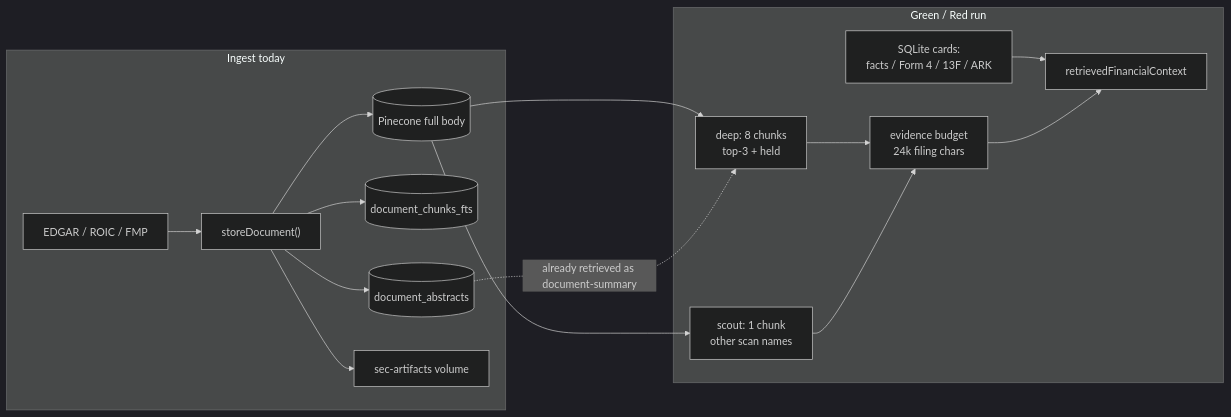
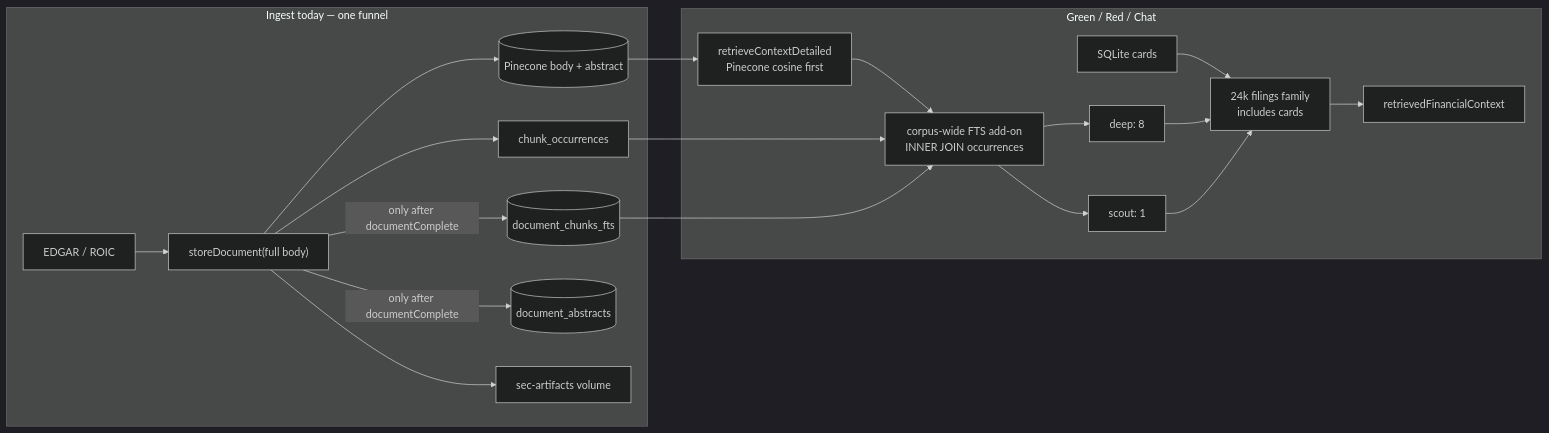
One commit to jaywedgeworth22/Socratic.Trade changed the first of 3 diagrams in docs/designs/2026-08-16-proposer-corpus-storage.md. Above: the diagram before and after it, drawn with Mermaid (dark theme). The commit also changed other lines of this file, not shown here.

First line of the commit message:
docs: approve proposer corpus storage design rev 3.

````diff
--- a/docs/designs/2026-08-16-proposer-corpus-storage.md
+++ b/docs/designs/2026-08-16-proposer-corpus-storage.md
@@ -28,30 +34,37 @@
 ```mermaid
 flowchart LR
-  subgraph ingest [Ingest today]
-    EDGAR[EDGAR / ROIC / FMP]
-    StoreDoc["storeDocument()"]
-    PC[(Pinecone full body)]
+  subgraph ingest [Ingest today — one funnel]
+    EDGAR[EDGAR / ROIC]
+    StoreDoc["storeDocument(full body)"]
+    PC[(Pinecone body + abstract)]
+    OCC[chunk_occurrences]
     FTS[(document_chunks_fts)]
     ABS[(document_abstracts)]
     ART[sec-artifacts volume]
     EDGAR --> StoreDoc
     StoreDoc --> PC
-    StoreDoc --> FTS
+    StoreDoc --> OCC
+    StoreDoc -->|"only after documentComplete"| FTS
+    StoreDoc -->|"only after documentComplete"| ABS
     StoreDoc --> ART
-    StoreDoc --> ABS
   end
-  subgraph decide [Green / Red run]
-    Deep["deep: 8 chunks<br/>top-3 + held"]
-    Scout["scout: 1 chunk<br/>other scan names"]
-    Cards[SQLite cards:<br/>facts / Form 4 / 13F / ARK]
-    Budget["evidence budget<br/>24k filing chars"]
+  subgraph decide [Green / Red / Chat]
+    RCD["retrieveContextDetailed<br/>Pinecone cosine first"]
+    LEX["corpus-wide FTS add-on<br/>INNER JOIN occurrences"]
+    Deep["deep: 8"]
+    Scout["scout: 1"]
+    Cards[SQLite cards]
+    Budget["24k filings family<br/>includes cards"]
     Prompt[retrievedFinancialContext]
+    RCD --> LEX
+    LEX --> Deep
+    LEX --> Scout
+    Cards --> Budget
     Deep --> Budget
     Scout --> Budget
-    Cards --> Prompt
     Budget --> Prompt
   end
-  PC --> Deep
-  PC --> Scout
-  ABS -.->|"already retrieved as document-summary"| Deep
+  PC --> RCD
+  OCC --> LEX
+  FTS --> LEX
 ```
````
